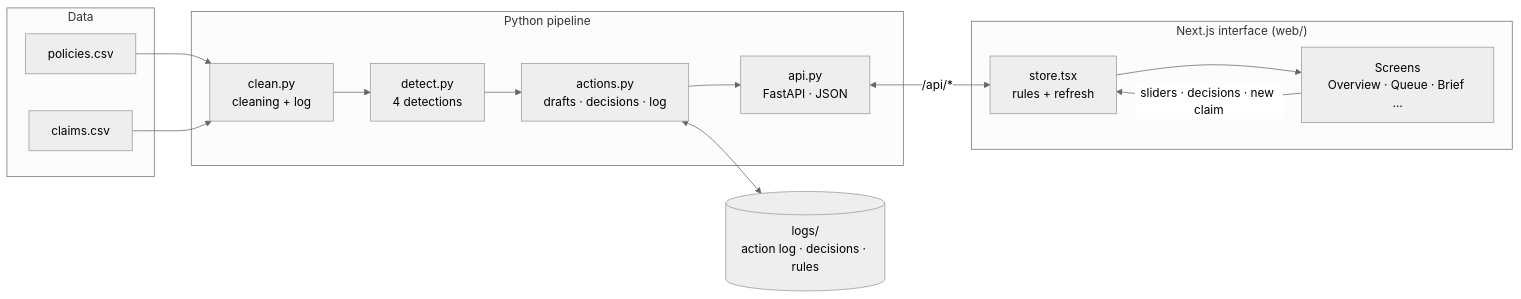
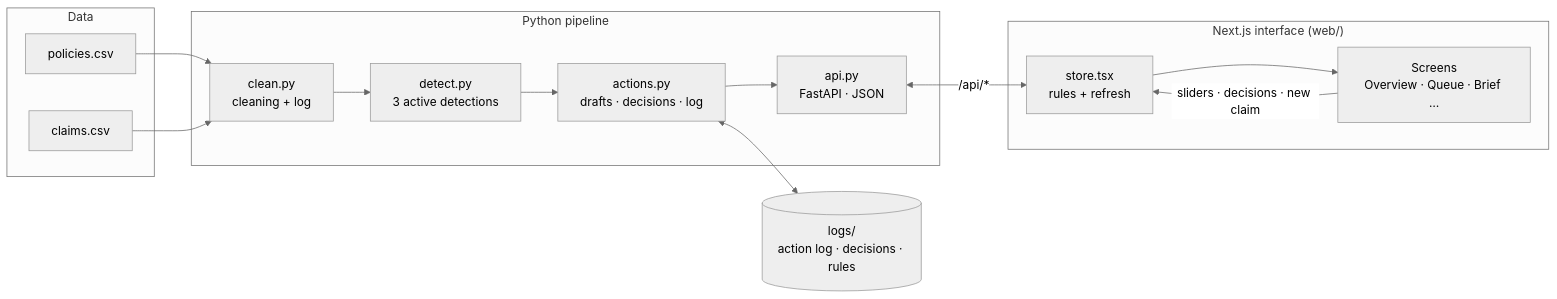
Before and after one commit to Arley100/millennium-signal: the first of 4 diagrams in README.md, drawn with Mermaid (neutral theme). The commit also changed other lines of this file, not shown here.

Commit message:
Update README to clarify detection processes

````diff
--- a/README.md
+++ b/README.md
@@ -115,25 +115,25 @@
 ```mermaid
 flowchart LR
     subgraph Data
         P[policies.csv]
         C[claims.csv]
     end
     subgraph Python["Python pipeline"]
         CL[clean.py<br/>cleaning + log]
-        DE[detect.py<br/>4 detections]
+        DE[detect.py<br/>3 active detections]
         AC[actions.py<br/>drafts · decisions · log]
         API[api.py<br/>FastAPI · JSON]
     end
     subgraph Web["Next.js interface (web/)"]
         ST[store.tsx<br/>rules + refresh]
         UI[Screens<br/>Overview · Queue · Brief …]
     end
     L[(logs/<br/>action log · decisions · rules)]
 
     P --> CL
     C --> CL
     CL --> DE --> AC --> API
     AC <--> L
     API <-->|/api/*| ST --> UI
     UI -->|sliders · decisions · new claim| ST
 ```
````
